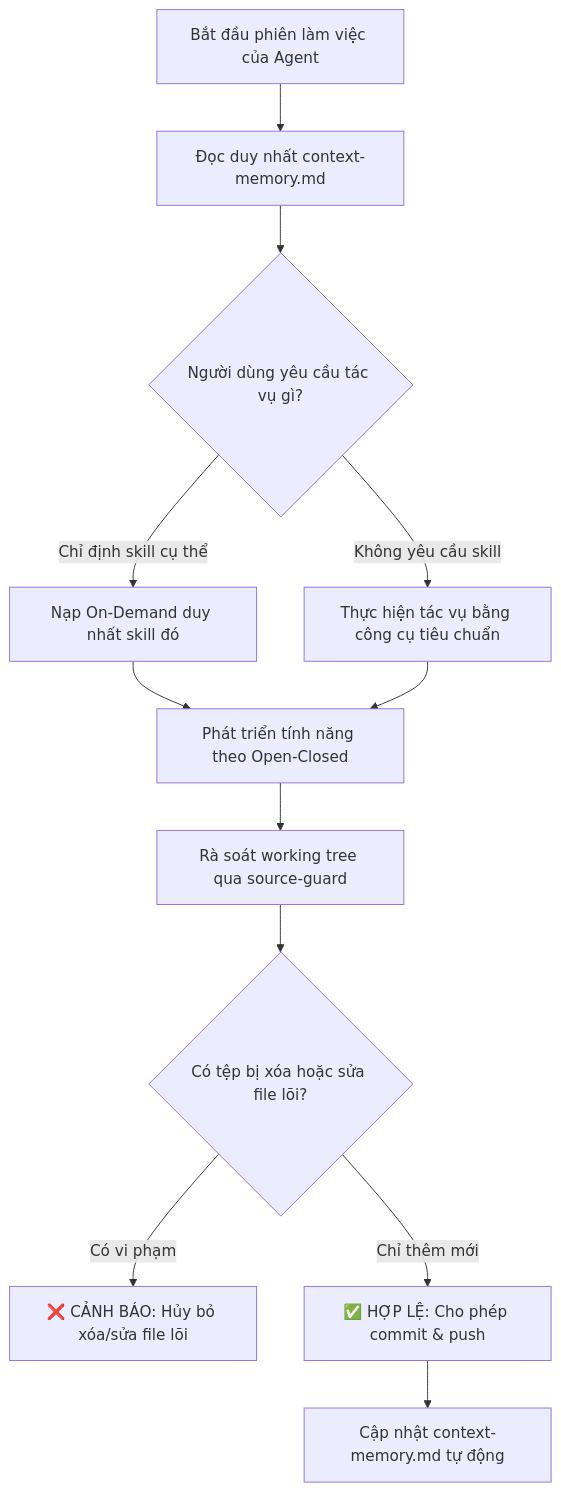
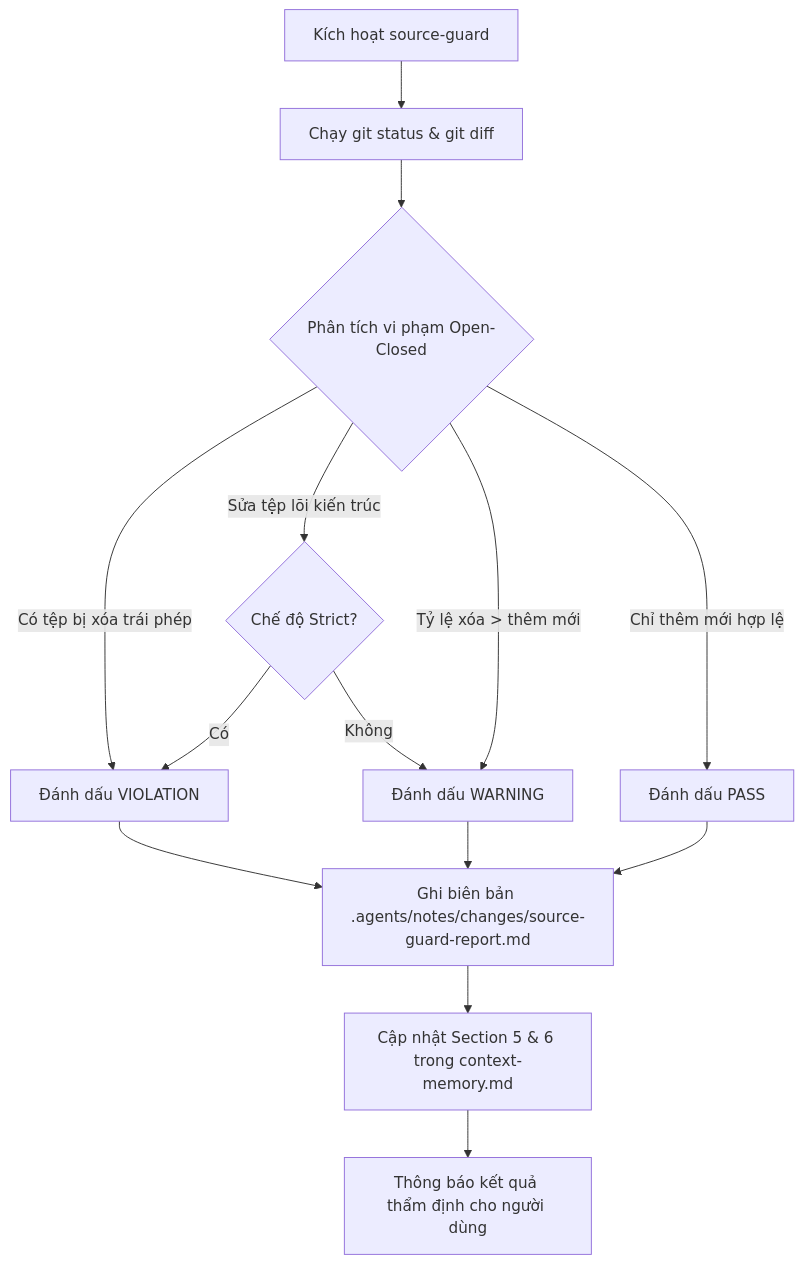
Before and after one commit to ThienleDuc/GDMAS: the diagram in .claude/skills/source-guard/SKILL.md, drawn with Mermaid. The commit also changed other lines of this file and 41 other files, not shown here.

First line of the commit message:
chore(skills): tái cấu trúc toàn bộ kỹ năng sang tài liệu hướng dẫn agent đơn tệp

````diff
--- a/.claude/skills/source-guard/SKILL.md
+++ b/.claude/skills/source-guard/SKILL.md
@@ -24,17 +25,15 @@
 ```mermaid
 flowchart TD
-    A[Bắt đầu phiên làm việc của Agent] --> B[Đọc duy nhất context-memory.md]
-    B --> C{Người dùng yêu cầu tác vụ gì?}
+    A[Kích hoạt source-guard] --> B[Chạy git status & git diff]
+    B --> C{Phân tích vi phạm Open-Closed}
+    C -- Có tệp bị xóa trái phép --> D[Đánh dấu VIOLATION]
+    C -- Sửa tệp lõi kiến trúc --> E{Chế độ Strict?}
+    E -- Có --> D
+    E -- Không --> F[Đánh dấu WARNING]
+    C -- Tỷ lệ xóa > thêm mới --> F
+    C -- Chỉ thêm mới hợp lệ --> G[Đánh dấu PASS]
     
-    C -- Chỉ định skill cụ thể --> D[Nạp On-Demand duy nhất skill đó]
-    C -- Không yêu cầu skill --> E[Thực hiện tác vụ bằng công cụ tiêu chuẩn]
-    
-    D & E --> F[Phát triển tính năng theo Open-Closed]
-    F --> G[Rà soát working tree qua source-guard]
-    
-    G --> H{Có tệp bị xóa hoặc sửa file lõi?}
-    H -- Có vi phạm --> I[❌ CẢNH BÁO: Hủy bỏ xóa/sửa file lõi]
-    H -- Chỉ thêm mới --> J[✅ HỢP LỆ: Cho phép commit & push]
-    
-    J --> K[Cập nhật context-memory.md tự động]
+    D & F & G --> H[Ghi biên bản .agents/notes/changes/source-guard-report.md]
+    H --> I[Cập nhật Section 5 & 6 trong context-memory.md]
+    I --> J[Thông báo kết quả thẩm định cho người dùng]
 ```
````
